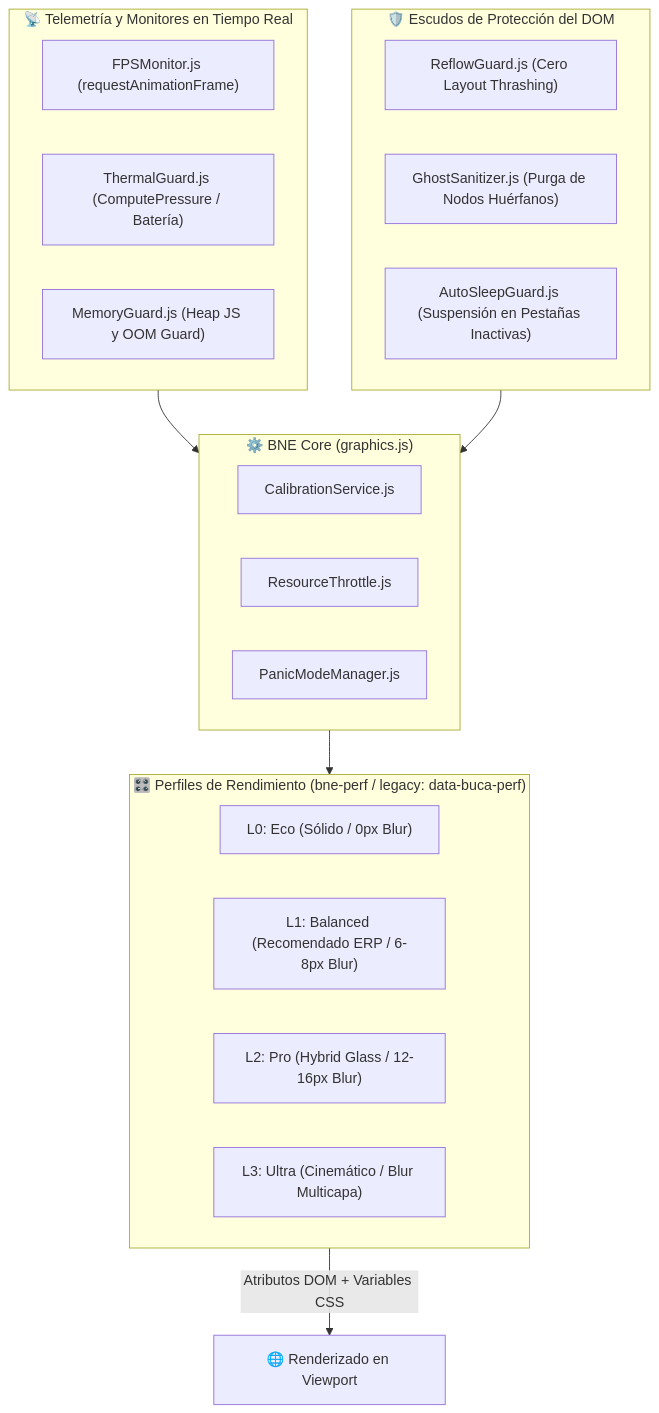
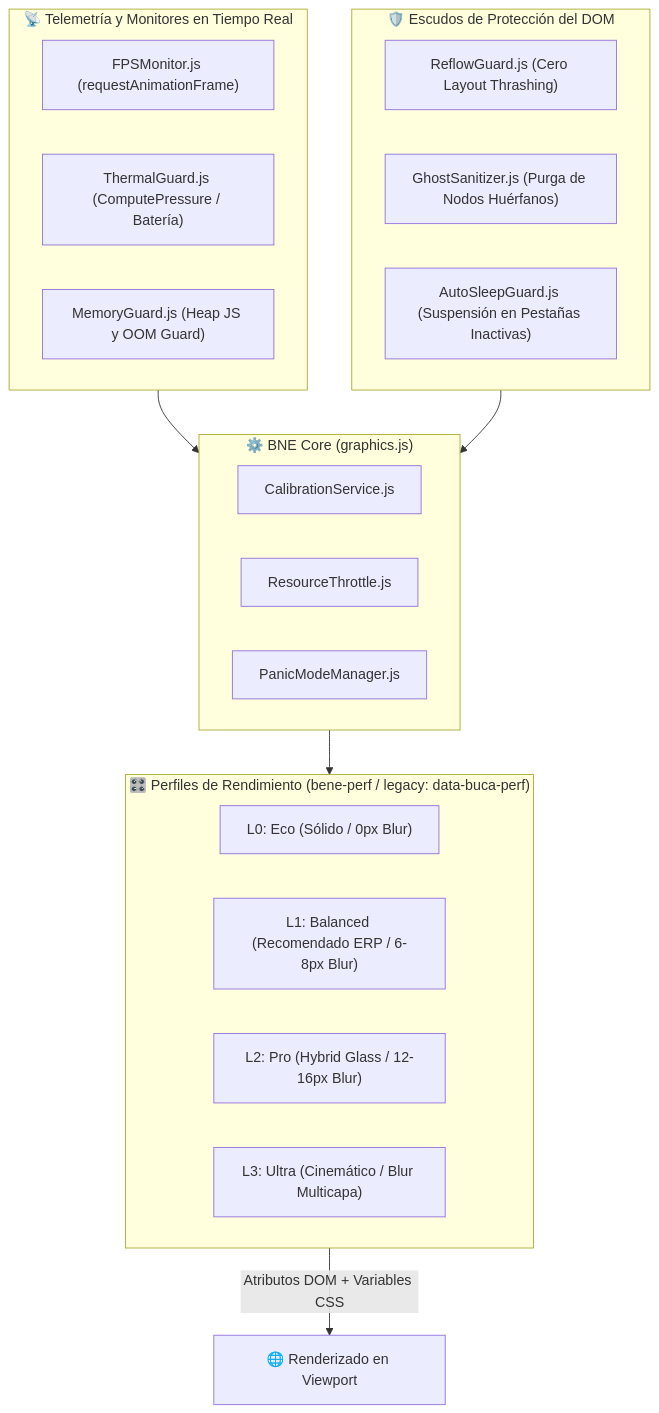
Before and after one commit to clepces/buca-ai: the diagram in docs/bene/5.3.0/README.md, drawn with Mermaid. The commit also changed other lines of this file and 31 other files, not shown here.

````diff
--- a/docs/bene/5.3.0/README.md
+++ b/docs/bene/5.3.0/README.md
@@ -13,32 +13,32 @@
 ```mermaid
 flowchart TD
     subgraph Monitores["📡 Telemetría y Monitores en Tiempo Real"]
         FPS["FPSMonitor.js (requestAnimationFrame)"]
         Thermal["ThermalGuard.js (ComputePressure / Batería)"]
         Memory["MemoryGuard.js (Heap JS y OOM Guard)"]
     end
 
     subgraph CoreEngine["⚙️ BNE Core (graphics.js)"]
         Calibration["CalibrationService.js"]
         Throttle["ResourceThrottle.js"]
         Panic["PanicModeManager.js"]
     end
 
-    subgraph Perfiles["🎛️ Perfiles de Rendimiento (bne-perf / legacy: data-buca-perf)"]
+    subgraph Perfiles["🎛️ Perfiles de Rendimiento (bene-perf / legacy: data-buca-perf)"]
         L0["L0: Eco (Sólido / 0px Blur)"]
         L1["L1: Balanced (Recomendado ERP / 6-8px Blur)"]
         L2["L2: Pro (Hybrid Glass / 12-16px Blur)"]
         L3["L3: Ultra (Cinemático / Blur Multicapa)"]
     end
 
     subgraph DOMSafety["🛡️ Escudos de Protección del DOM"]
         Reflow["ReflowGuard.js (Cero Layout Thrashing)"]
         Ghost["GhostSanitizer.js (Purga de Nodos Huérfanos)"]
         Sleep["AutoSleepGuard.js (Suspensión en Pestañas Inactivas)"]
     end
 
     Monitores --> CoreEngine
     DOMSafety --> CoreEngine
     CoreEngine --> Perfiles
     Perfiles -->|Atributos DOM + Variables CSS| DOM["🌐 Renderizado en Viewport"]
 ```
````
